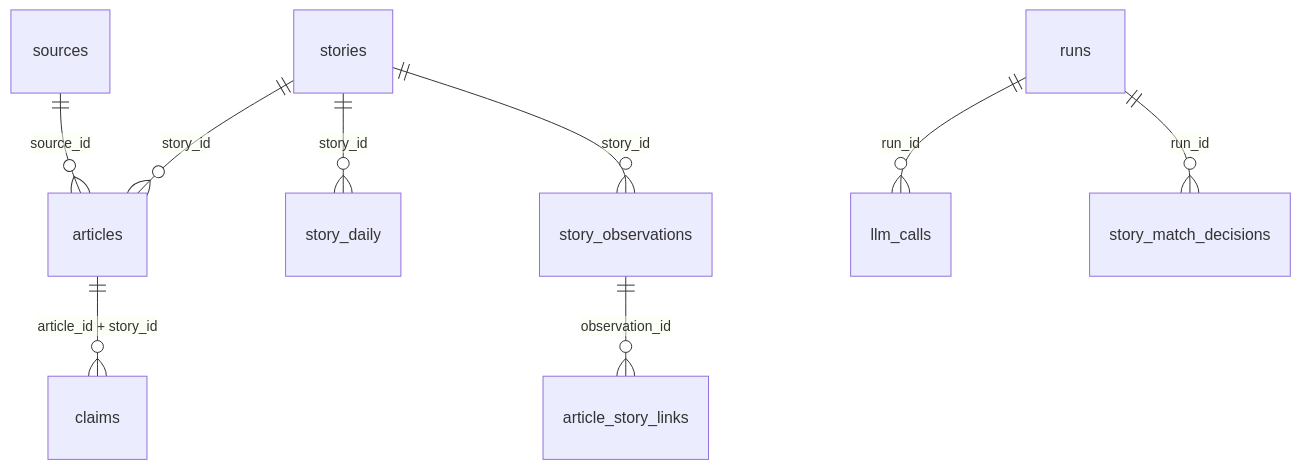
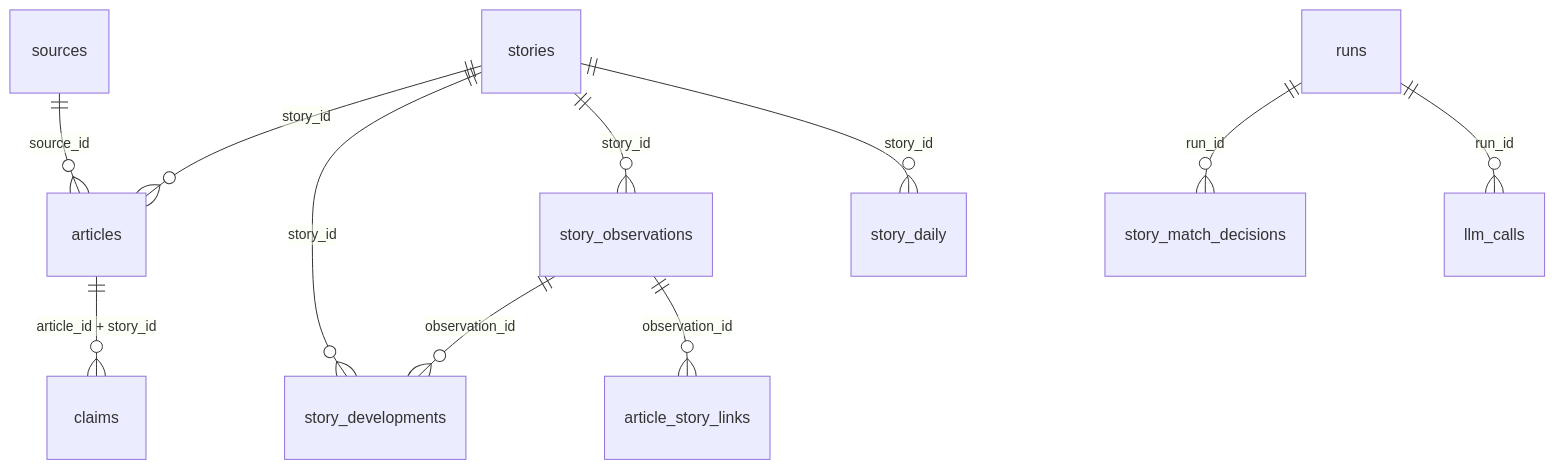
One commit to MecGlandorff/News changed the diagram in docs/database-guide.md. Above: the diagram before and after it, drawn with Mermaid. The commit also changed other lines of this file and 25 other files, not shown here.

Commit message:
Add staged story developments (#31)

````diff
--- a/docs/database-guide.md
+++ b/docs/database-guide.md
@@ -33,11 +33,13 @@
 ```mermaid
 erDiagram
     sources ||--o{ articles : "source_id"
     stories ||--o{ story_daily : "story_id"
     stories ||--o{ story_observations : "story_id"
+    stories ||--o{ story_developments : "story_id"
     stories ||--o{ articles : "story_id"
     story_observations ||--o{ article_story_links : "observation_id"
+    story_observations ||--o{ story_developments : "observation_id"
     articles ||--o{ claims : "article_id + story_id"
     runs ||--o{ llm_calls : "run_id"
     runs ||--o{ story_match_decisions : "run_id"
 ```
````
